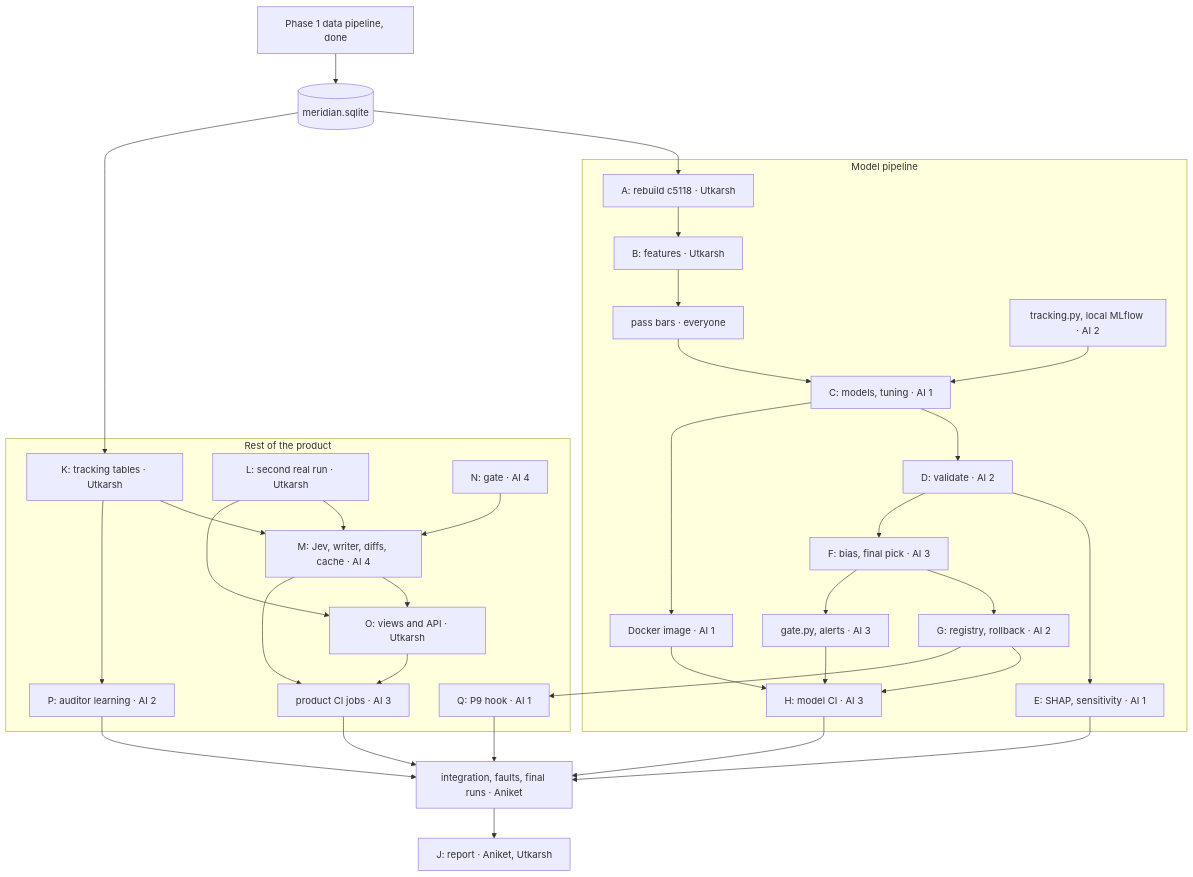
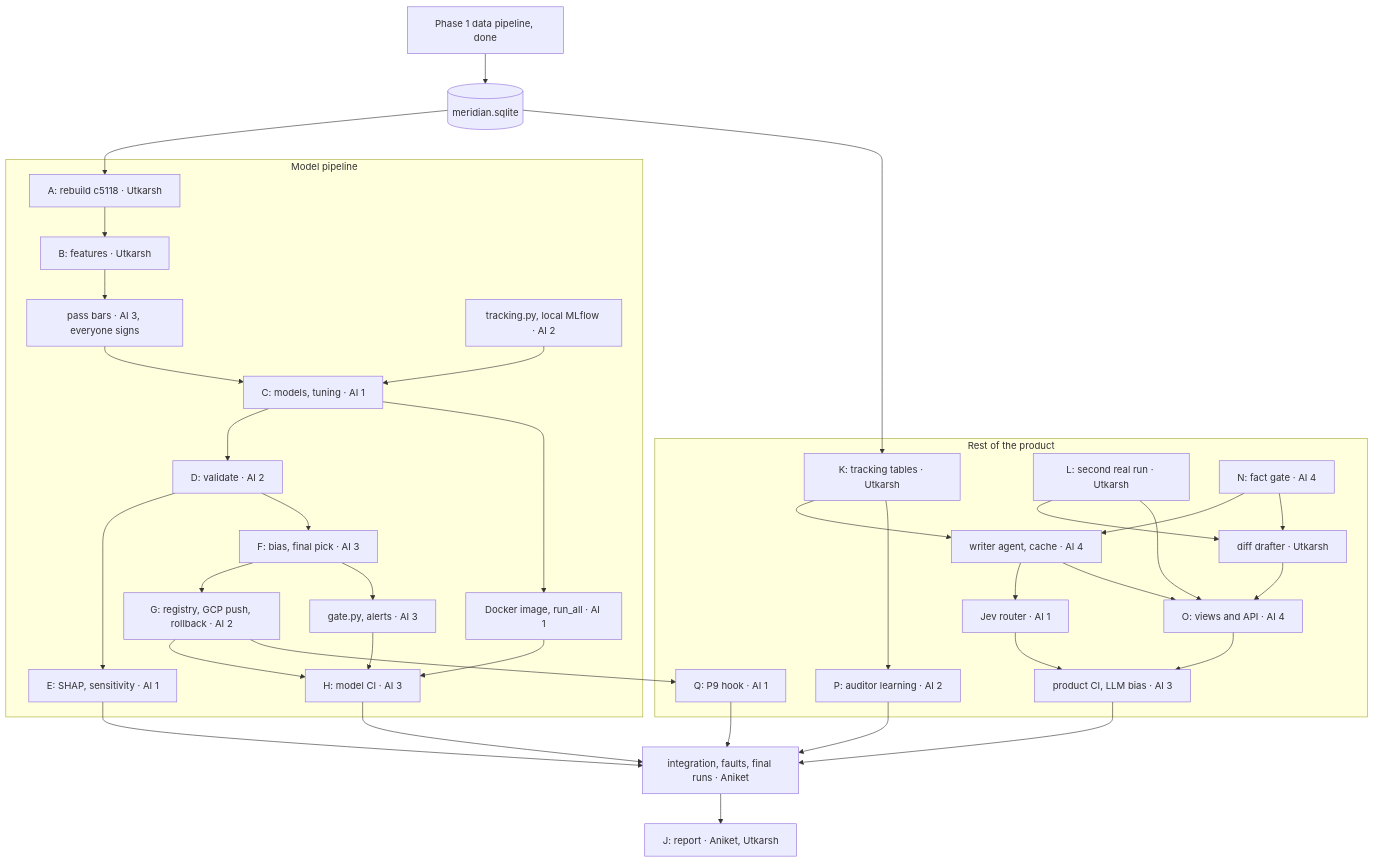
The first of 2 diagrams in Model-Pipeline/PLAN.md (Itsme-aniketghosh/Meridian), drawn with Mermaid before and after one commit. The commit also changed other lines of this file and 7 other files, not shown here.

First line of the commit message:
Update README files across multiple packets to reflect project changes and timelines

````diff
--- a/Model-Pipeline/PLAN.md
+++ b/Model-Pipeline/PLAN.md
@@ -178,43 +178,46 @@
 ```mermaid
 flowchart TD
   pipe["Phase 1 data pipeline, done"] --> blk[("meridian.sqlite")]
 
   subgraph MODEL["Model pipeline"]
     A["A: rebuild c5118 · Utkarsh"] --> B["B: features · Utkarsh"]
-    B --> bars["pass bars · everyone"]
+    B --> bars["pass bars · AI 3, everyone signs"]
     bars --> C["C: models, tuning · AI 1"]
     trk["tracking.py, local MLflow · AI 2"] --> C
     C --> D["D: validate · AI 2"]
     D --> E["E: SHAP, sensitivity · AI 1"]
     D --> F["F: bias, final pick · AI 3"]
-    F --> G["G: registry, rollback · AI 2"]
-    C --> dock["Docker image · AI 1"]
+    F --> G["G: registry, GCP push, rollback · AI 2"]
+    C --> dock["Docker image, run_all · AI 1"]
     F --> gates["gate.py, alerts · AI 3"]
     dock --> H["H: model CI · AI 3"]
     gates --> H
     G --> H
   end
 
   subgraph PRODUCT["Rest of the product"]
     K["K: tracking tables · Utkarsh"]
     L["L: second real run · Utkarsh"]
-    N["N: gate · AI 4"] --> M["M: Jev, writer, diffs, cache · AI 4"]
-    K --> M
-    L --> M
+    N["N: fact gate · AI 4"] --> W["writer agent, cache · AI 4"]
+    K --> W
+    W --> jev["Jev router · AI 1"]
+    L --> diff["diff drafter · Utkarsh"]
+    N --> diff
     K --> P["P: auditor learning · AI 2"]
-    M --> O["O: views and API · Utkarsh"]
+    W --> O["O: views and API · AI 4"]
+    diff --> O
     L --> O
     G --> Q["Q: P9 hook · AI 1"]
-    M --> PCI["product CI jobs · AI 3"]
+    jev --> PCI["product CI, LLM bias · AI 3"]
     O --> PCI
   end
 
   blk --> A
   blk --> K
   H --> integ["integration, faults, final runs · Aniket"]
   PCI --> integ
   P --> integ
   Q --> integ
   E --> integ
   integ --> J["J: report · Aniket, Utkarsh"]
 ```
````
